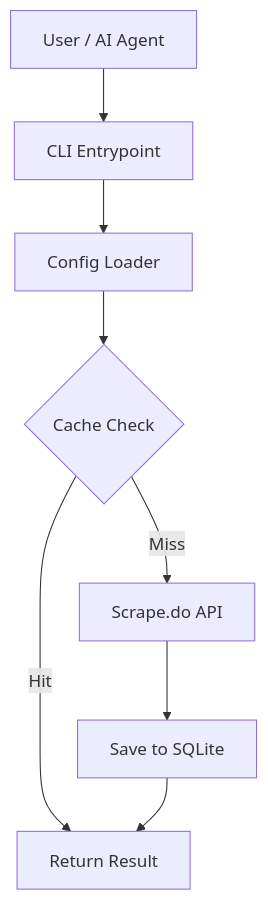
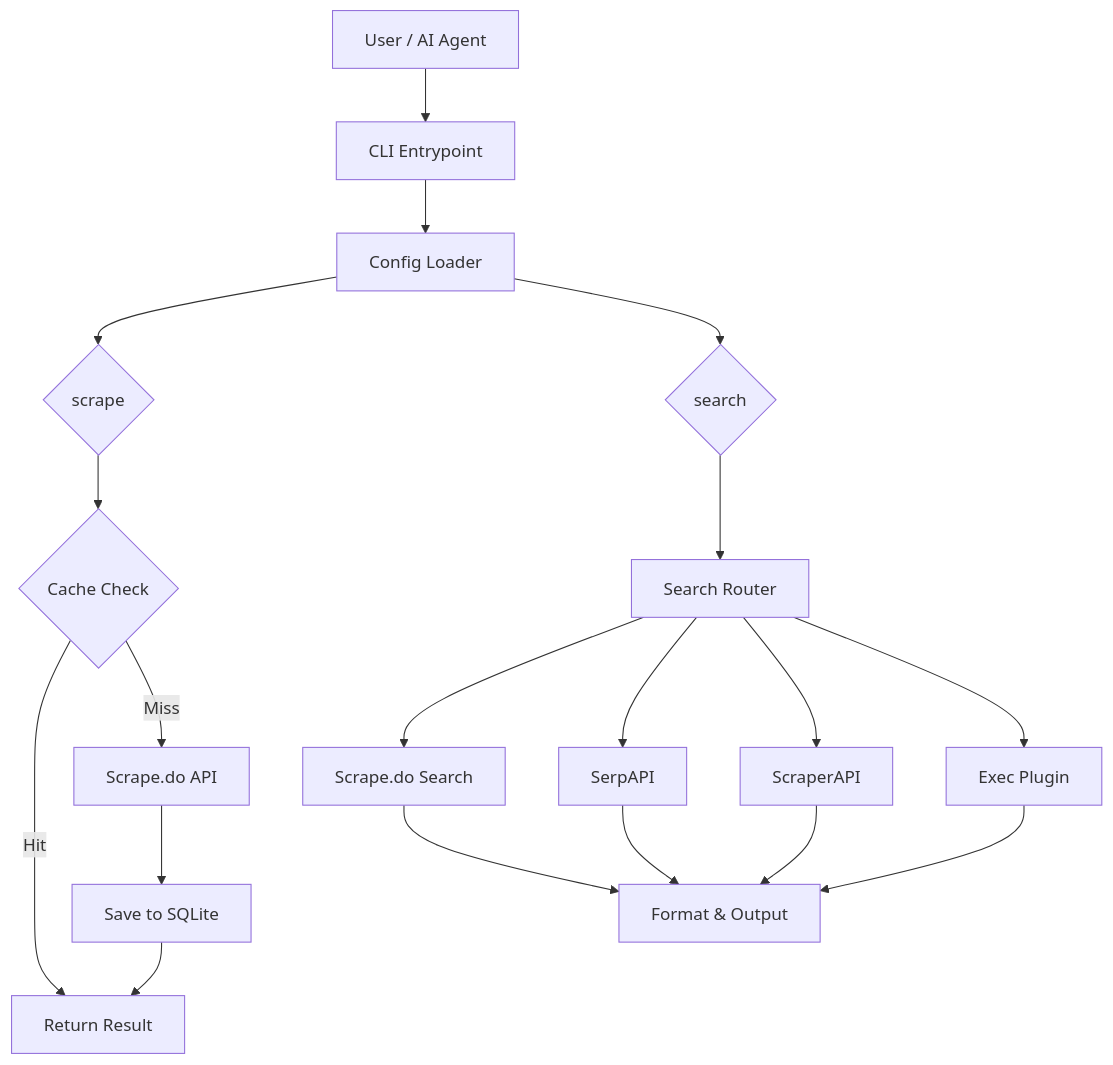
One commit to ioplane/scrapedoctl changed the first of 3 diagrams in docs/en/04-architecture.md. Above: the diagram before and after it, drawn with Mermaid. The commit also changed other lines of this file and 14 other files, not shown here.

````diff
--- a/docs/en/04-architecture.md
+++ b/docs/en/04-architecture.md
@@ -9,10 +9,21 @@
 ```mermaid
 graph TD
     User[User / AI Agent] --> CLI[CLI Entrypoint]
     CLI --> Config[Config Loader]
-    Config --> Cache{Cache Check}
+    Config --> Scrape{scrape}
+    Config --> Search{search}
+    Scrape --> Cache{Cache Check}
     Cache -- Hit --> Result[Return Result]
     Cache -- Miss --> API[Scrape.do API]
     API --> Save[Save to SQLite]
     Save --> Result
+    Search --> Router[Search Router]
+    Router --> ScrapeDoSearch[Scrape.do Search]
+    Router --> SerpAPI[SerpAPI]
+    Router --> ScraperAPI[ScraperAPI]
+    Router --> ExecPlugin[Exec Plugin]
+    ScrapeDoSearch --> SearchResult[Format & Output]
+    SerpAPI --> SearchResult
+    ScraperAPI --> SearchResult
+    ExecPlugin --> SearchResult
 ```
````
